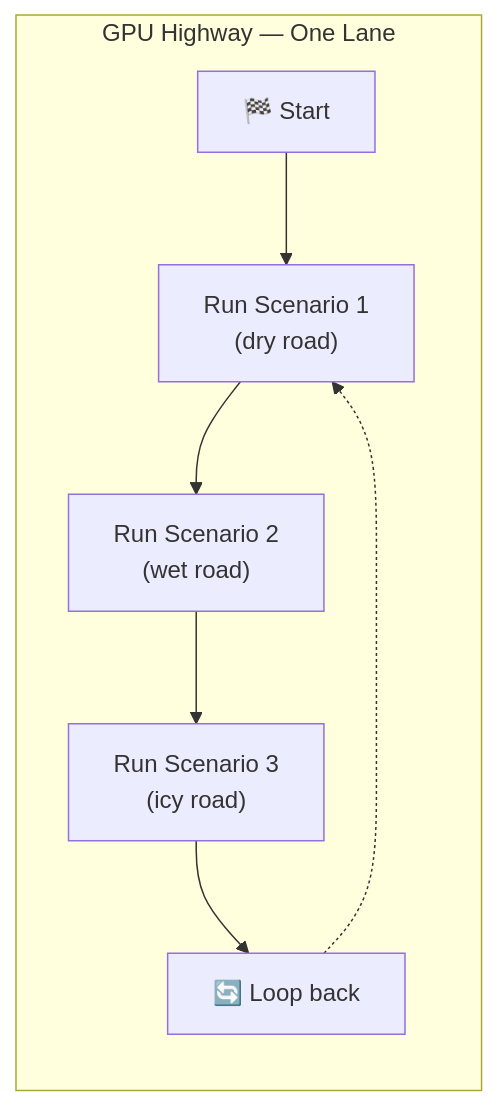
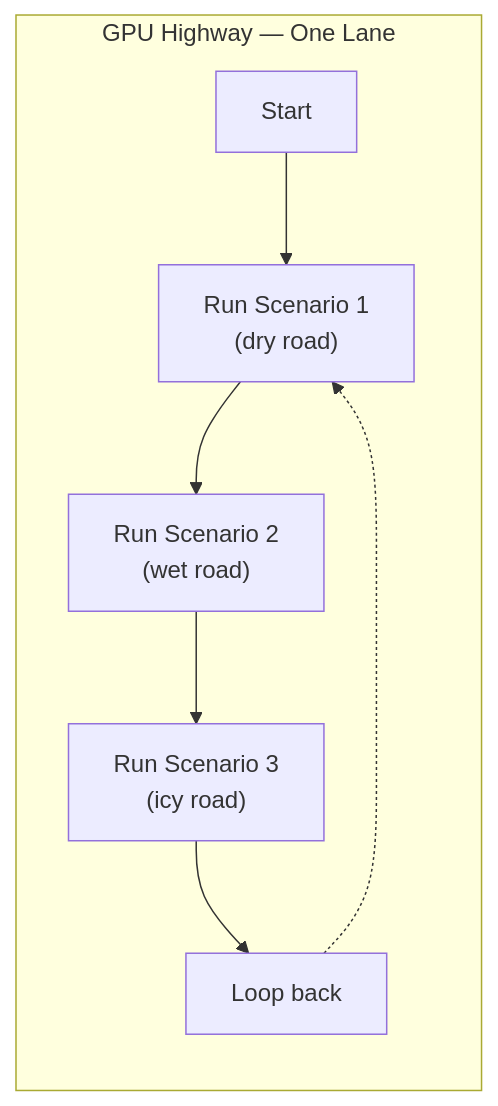
The fifth of 8 diagrams in docs/hackathon/cpu-vs-gpu-explained.md (FransVanEk/Actus-Insurance.Documentation), drawn with Mermaid before and after one commit. The commit also changed other lines of this file and 5 other files, not shown here.

Commit message:
Enhance Mermaid diagram styling and integrate global class definitions for consistent theming across diagrams

````diff
--- a/docs/hackathon/cpu-vs-gpu-explained.md
+++ b/docs/hackathon/cpu-vs-gpu-explained.md
@@ -164,10 +164,10 @@
 ```mermaid
 graph LR
     subgraph "GPU Highway — One Lane"
-        START["🏁 Start"] --> R1["Run Scenario 1<br/>(dry road)"]
+        START["Start"] --> R1["Run Scenario 1<br/>(dry road)"]
         R1 --> R2["Run Scenario 2<br/>(wet road)"]
         R2 --> R3["Run Scenario 3<br/>(icy road)"]
-        R3 --> LOOP["🔄 Loop back"]
+        R3 --> LOOP["Loop back"]
         LOOP -.-> R1
     end
 ```
````
